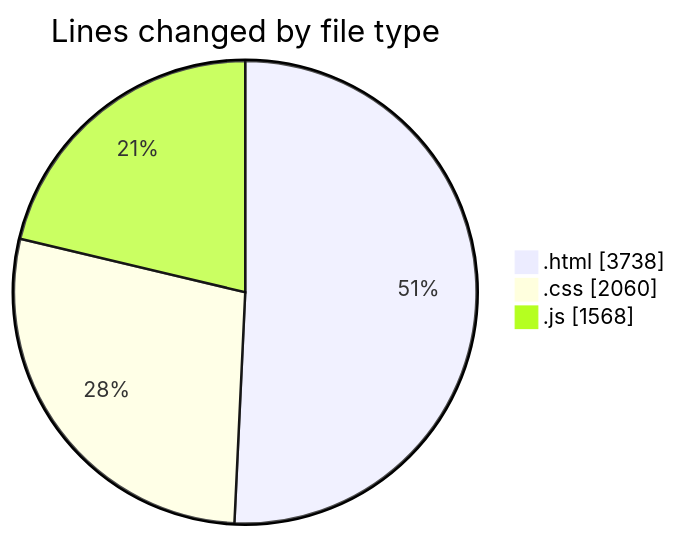
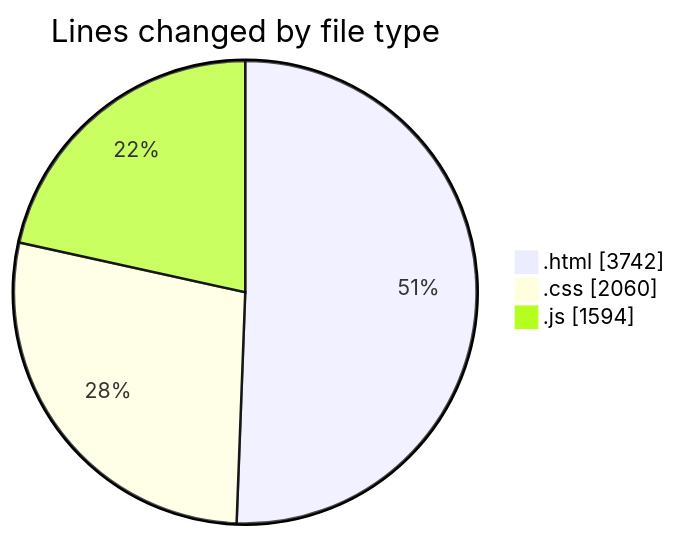
The first of 2 diagrams in 2025-05-24/projects/README.md (Ritupan-Deka/code-tracking), drawn with Mermaid before and after one commit. The commit also changed other lines of this file and 1 other file, not shown here.

````diff
--- a/2025-05-24/projects/README.md
+++ b/2025-05-24/projects/README.md
@@ -23,7 +23,7 @@
 ```mermaid
 pie showData
 title Lines changed by file type
-".html" : 3738
+".html" : 3742
 ".css" : 2060
-".js" : 1568
+".js" : 1594
 ```
````
